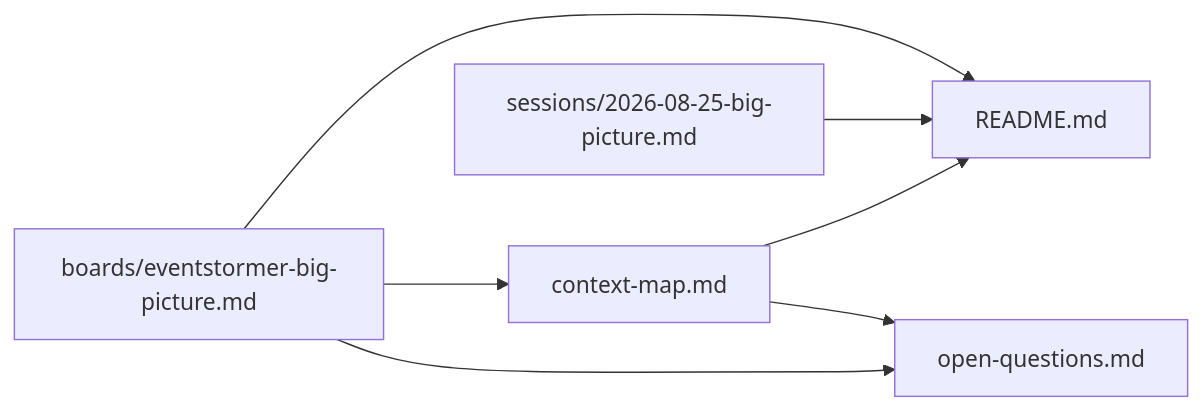
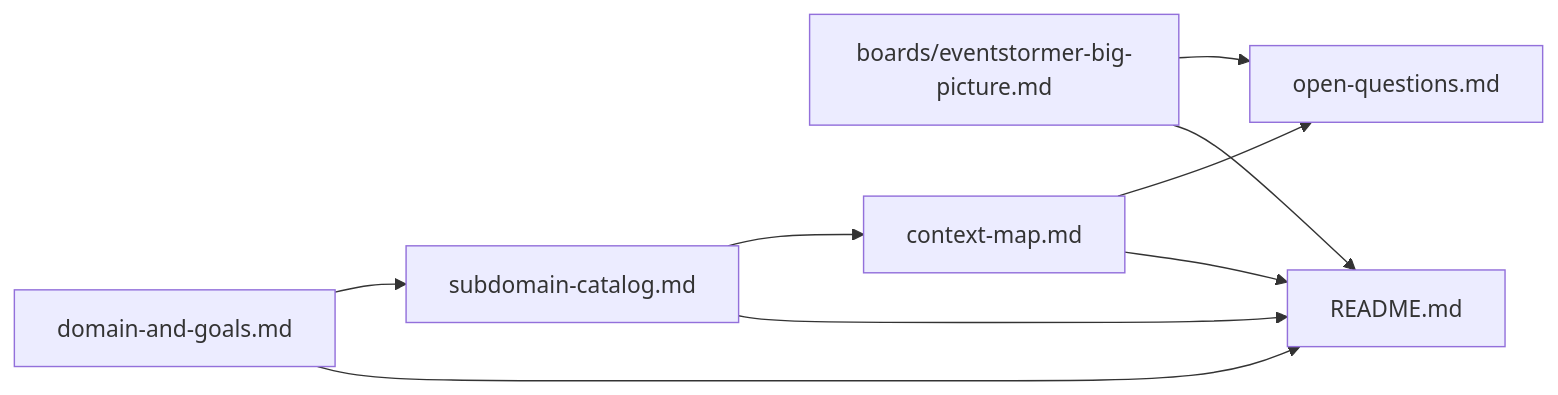
One commit to vinialbano/eventstormer changed the diagram in docs/domain/README.md. Above: the diagram before and after it, drawn with Mermaid. The commit also changed other lines of this file and 13 other files, not shown here.

````diff
--- a/docs/domain/README.md
+++ b/docs/domain/README.md
@@ -81,9 +113,11 @@
 ```mermaid
 graph LR
   boards_eventstormer_big_picture_md["boards/eventstormer-big-picture.md"] --> README_md["README.md"]
+  domain_and_goals_md["domain-and-goals.md"] --> README_md["README.md"]
+  subdomain_catalog_md["subdomain-catalog.md"] --> README_md["README.md"]
   context_map_md["context-map.md"] --> README_md["README.md"]
-  sessions_2026_08_25_big_picture_md["sessions/2026-08-25-big-picture.md"] --> README_md["README.md"]
-  boards_eventstormer_big_picture_md["boards/eventstormer-big-picture.md"] --> context_map_md["context-map.md"]
+  domain_and_goals_md["domain-and-goals.md"] --> subdomain_catalog_md["subdomain-catalog.md"]
+  subdomain_catalog_md["subdomain-catalog.md"] --> context_map_md["context-map.md"]
   boards_eventstormer_big_picture_md["boards/eventstormer-big-picture.md"] --> open_questions_md["open-questions.md"]
   context_map_md["context-map.md"] --> open_questions_md["open-questions.md"]
 ```
````
